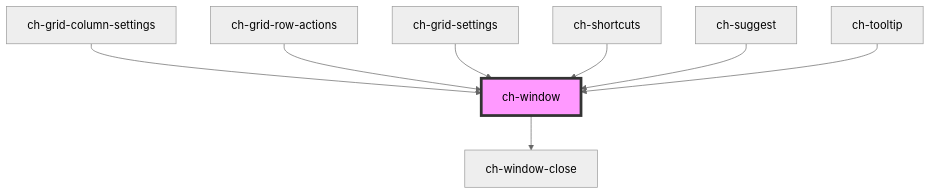
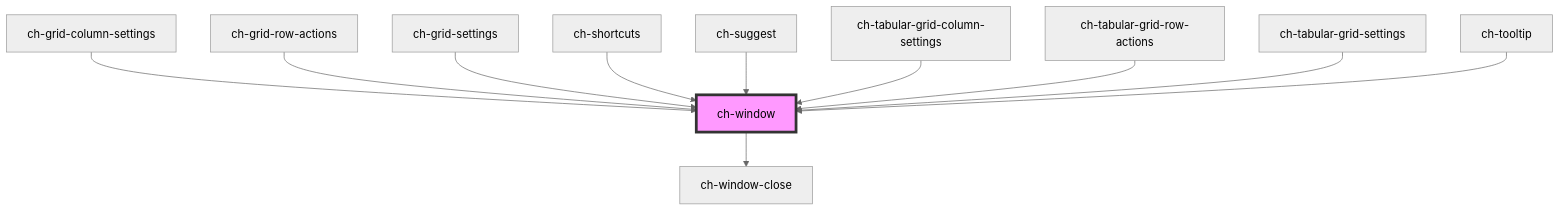
The diagram in src/deprecated-components/window/readme.md (genexuslabs/chameleon-controls-library), drawn with Mermaid (neutral theme) before and after one commit. The commit also changed other lines of this file and 6 other files, not shown here.

````diff
--- a/src/deprecated-components/window/readme.md
+++ b/src/deprecated-components/window/readme.md
@@ -70,11 +73,14 @@
 ```mermaid
 graph TD;
   ch-window --> ch-window-close
   ch-grid-column-settings --> ch-window
   ch-grid-row-actions --> ch-window
   ch-grid-settings --> ch-window
   ch-shortcuts --> ch-window
   ch-suggest --> ch-window
+  ch-tabular-grid-column-settings --> ch-window
+  ch-tabular-grid-row-actions --> ch-window
+  ch-tabular-grid-settings --> ch-window
   ch-tooltip --> ch-window
   style ch-window fill:#f9f,stroke:#333,stroke-width:4px
 ```
````
